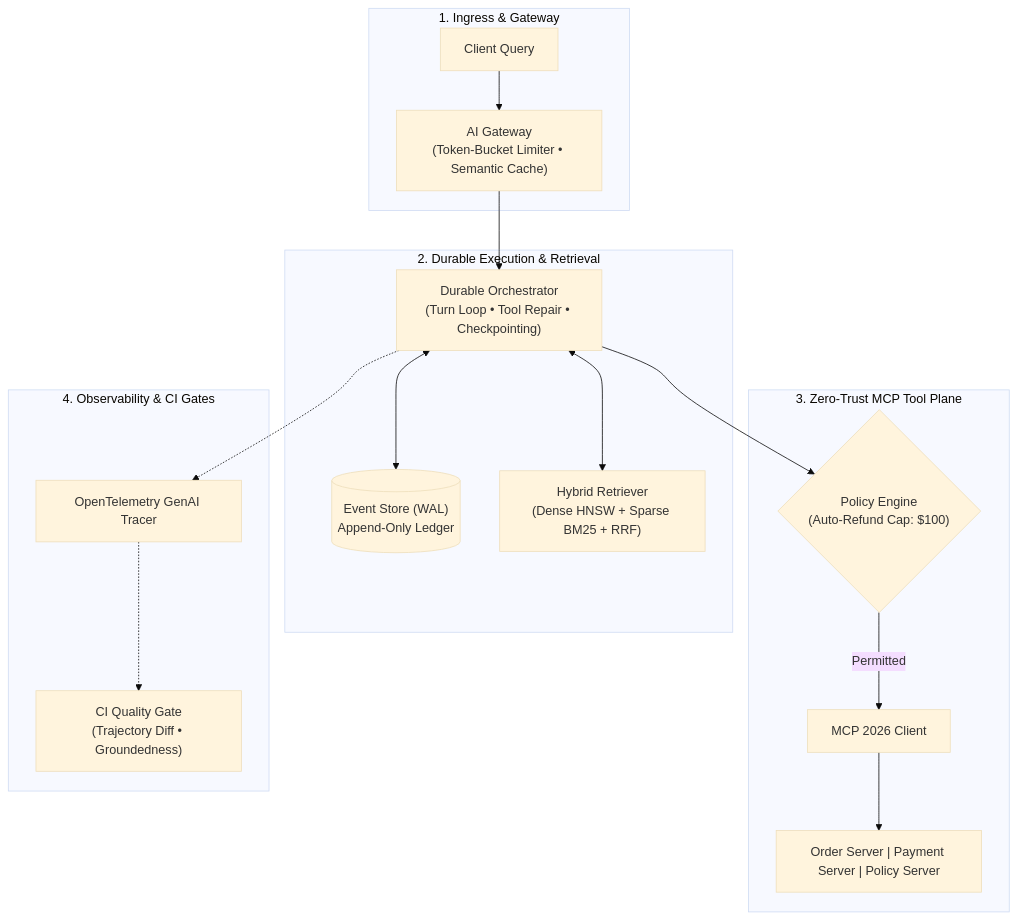
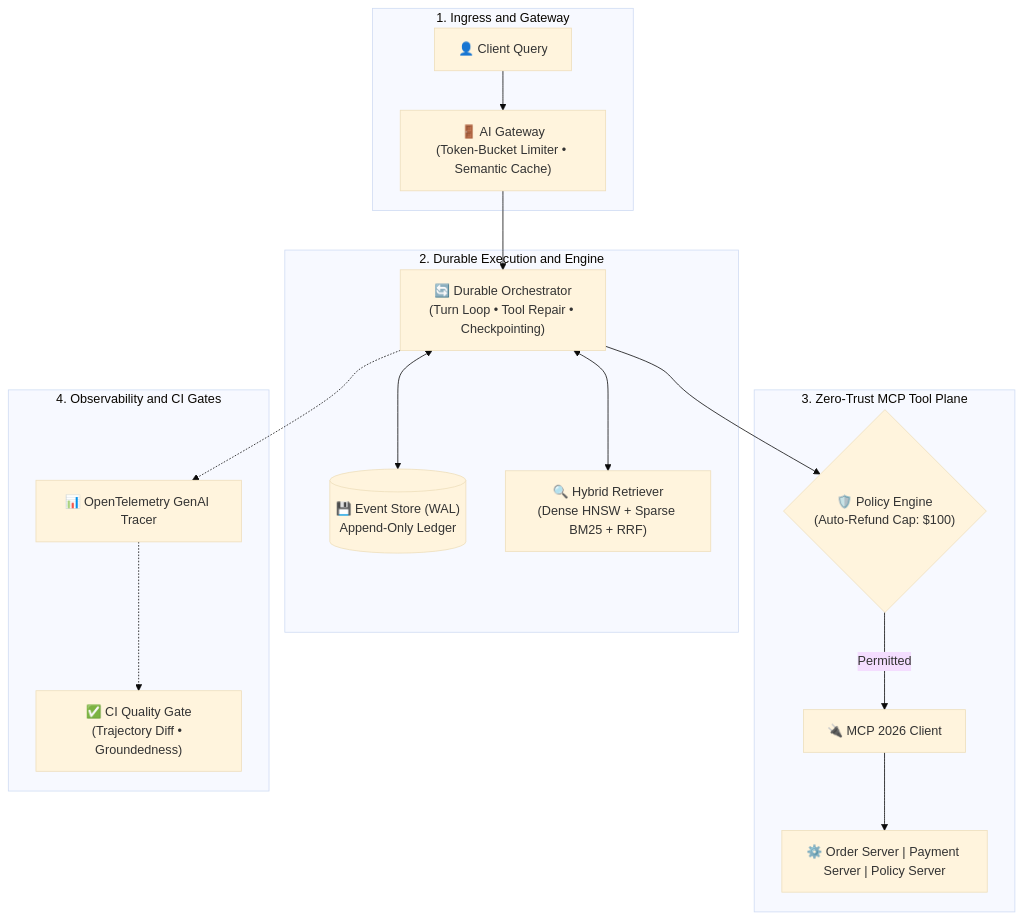
The diagram in agent-forge/README.md (dip4k/senior-engineer-to-ai-engineer-roadmap), drawn with Mermaid (base theme) before and after one commit. The commit also changed 94 other files, not shown here.

Commit message:
refactor(curriculum): complete Phase 04 upgrade and enforce diagram renderer invariants

````diff
--- a/agent-forge/README.md
+++ b/agent-forge/README.md
@@ -32,23 +32,23 @@
 ```mermaid
 flowchart TD
-    subgraph Ingress ["1. Ingress & Gateway"]
-        Query["Client Query"] --> Gateway["AI Gateway<br>(Token-Bucket Limiter • Semantic Cache)"]
+    subgraph Ingress ["1. Ingress and Gateway"]
+        Query["👤 Client Query"] --> Gateway["🚪 AI Gateway<br>(Token-Bucket Limiter • Semantic Cache)"]
     end
 
-    subgraph CorePlatform ["2. Durable Execution & Retrieval"]
-        Gateway --> Orchestrator["Durable Orchestrator<br>(Turn Loop • Tool Repair • Checkpointing)"]
-        Orchestrator <--> WAL[("Event Store (WAL)<br>Append-Only Ledger")]
-        Orchestrator <--> HybridEngine["Hybrid Retriever<br>(Dense HNSW + Sparse BM25 + RRF)"]
+    subgraph CorePlatform ["2. Durable Execution and Engine"]
+        Gateway --> Orchestrator["🔄 Durable Orchestrator<br>(Turn Loop • Tool Repair • Checkpointing)"]
+        Orchestrator <--> WAL[("💾 Event Store (WAL)<br>Append-Only Ledger")]
+        Orchestrator <--> HybridEngine["🔍 Hybrid Retriever<br>(Dense HNSW + Sparse BM25 + RRF)"]
     end
 
     subgraph MCPPlane ["3. Zero-Trust MCP Tool Plane"]
-        Orchestrator --> PolicyEngine{"Policy Engine<br>(Auto-Refund Cap: $100)"}
-        PolicyEngine -->|"Permitted"| MCPClient["MCP 2026 Client"]
-        MCPClient --> Tools["Order Server | Payment Server | Policy Server"]
+        Orchestrator --> PolicyEngine{"🛡️ Policy Engine<br>(Auto-Refund Cap: $100)"}
+        PolicyEngine -->|"Permitted"| MCPClient["🔌 MCP 2026 Client"]
+        MCPClient --> Tools["⚙️ Order Server | Payment Server | Policy Server"]
     end
 
-    subgraph Governance ["4. Observability & CI Gates"]
-        Orchestrator -.-> OTel["OpenTelemetry GenAI Tracer"]
-        OTel -.-> EvalGate["CI Quality Gate<br>(Trajectory Diff • Groundedness)"]
+    subgraph Governance ["4. Observability and CI Gates"]
+        Orchestrator -.-> OTel["📊 OpenTelemetry GenAI Tracer"]
+        OTel -.-> EvalGate["✅ CI Quality Gate<br>(Trajectory Diff • Groundedness)"]
     end
 ```
````
